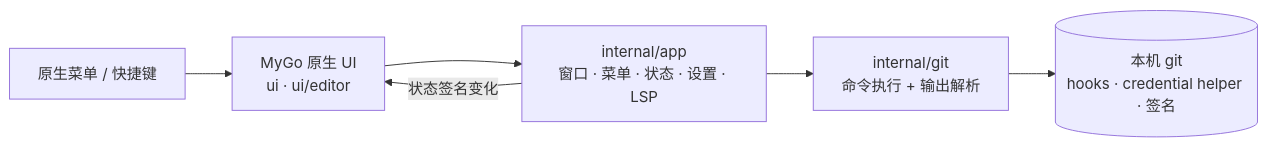
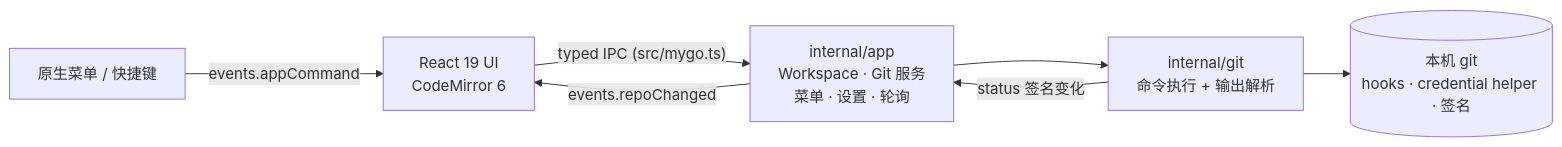
Before and after one commit to oxyuan/gitjet: the diagram in README.md, drawn with Mermaid. The commit also changed other lines of this file and 104 other files, not shown here.

````diff
--- a/README.md
+++ b/README.md
@@ -76,8 +23,9 @@
 ```mermaid
 flowchart LR
-  menu["原生菜单 / 快捷键"] --> ui
-  ui["MyGo 原生 UI<br/>ui · ui/editor"] --> core
-  core["internal/app<br/>窗口 · 菜单 · 状态 · 设置 · LSP"] --> git["internal/git<br/>命令执行 + 输出解析"]
-  git --> real[("本机 git<br/>hooks · credential helper · 签名")]
-  core -- "状态签名变化" --> ui
+  menu["原生菜单 / 快捷键"] -- "events.appCommand" --> ui
+  ui["React 19 UI<br/>CodeMirror 6"] -- "typed IPC (src/mygo.ts)" --> host
+  host["internal/app<br/>Workspace · Git 服务<br/>菜单 · 设置 · 轮询"] --> core
+  core["internal/git<br/>命令执行 + 输出解析"] --> git[("本机 git<br/>hooks · credential helper · 签名")]
+  core -- "status 签名变化" --> host
+  host -- "events.repoChanged" --> ui
 ```
````
